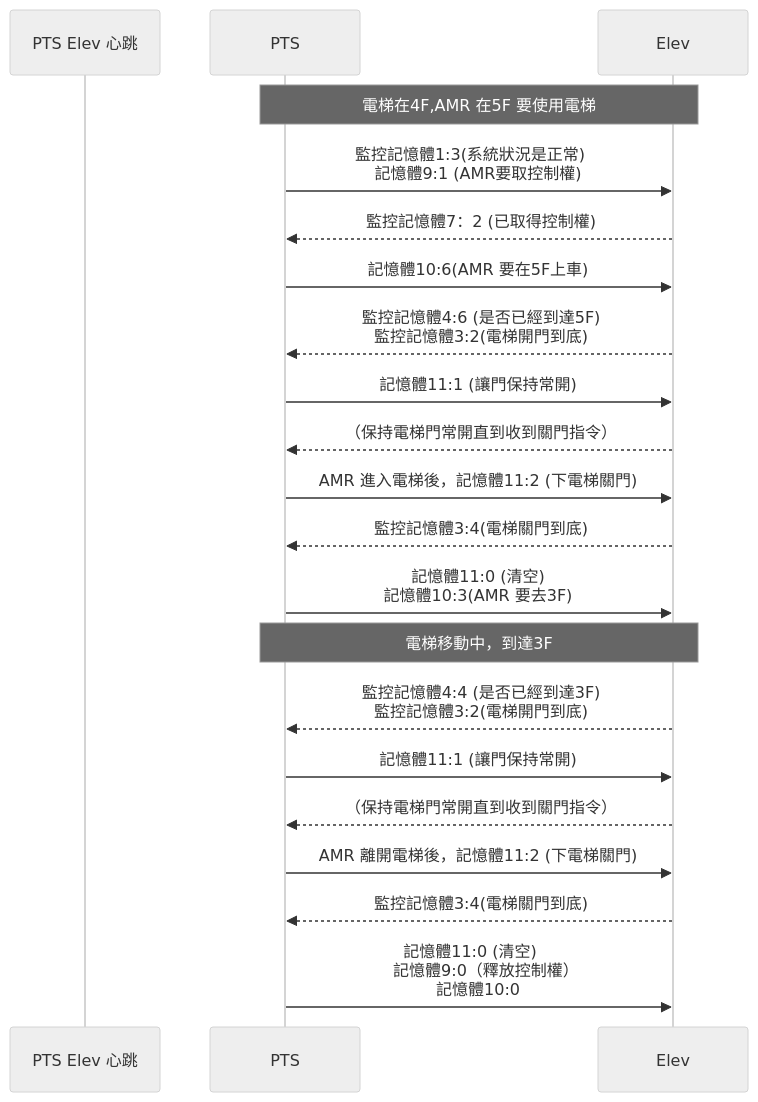
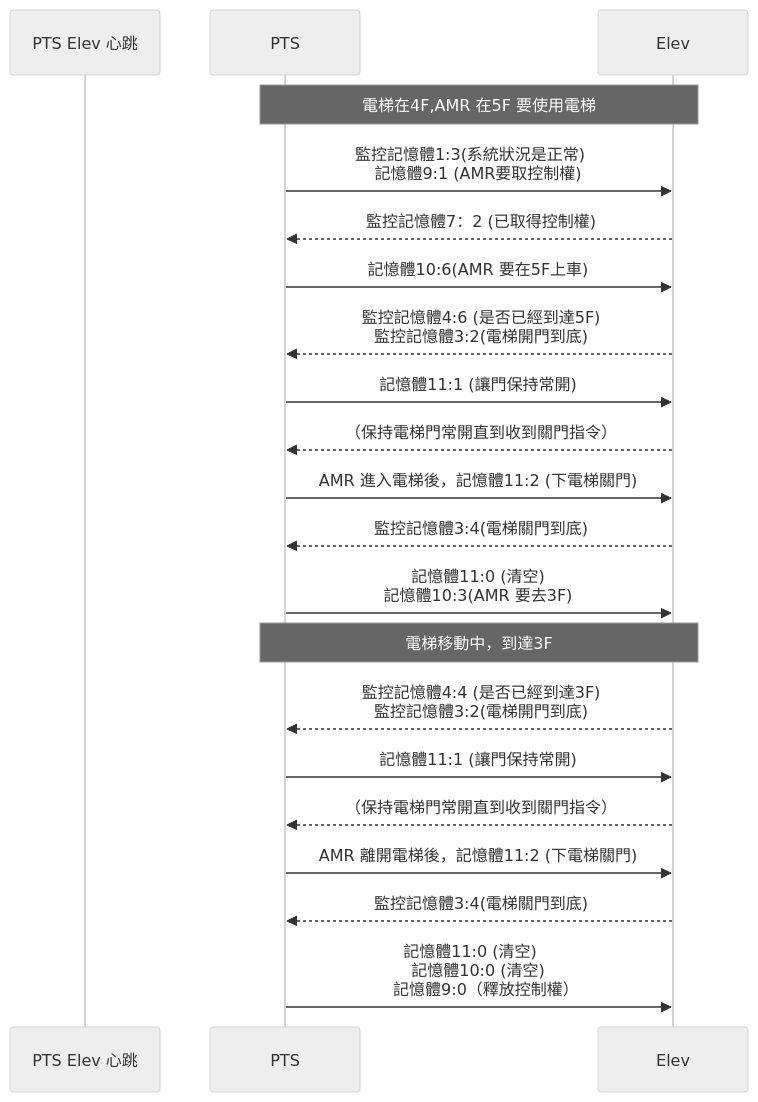
The second of 2 diagrams in README.md (athena-tircgo/amr-elev-Zhunan), drawn with Mermaid (neutral theme) before and after one commit.

````diff
--- a/README.md
+++ b/README.md
@@ -23,26 +23,26 @@
 ```mermaid
 sequenceDiagram
 
     participant PTS Elev 心跳
     participant PTS
     participant Elev
 
  note over PTS,Elev: 電梯在4F,AMR 在5F 要使用電梯
         PTS->>Elev:監控記憶體1:3(系統狀況是正常)　<br>記憶體9:1 (AMR要取控制權)
         Elev-->>PTS:監控記憶體7：2 (已取得控制權)
         PTS->>Elev: 記憶體10:6(AMR 要在5F上車)
         Elev-->>PTS:監控記憶體4:6 (是否已經到達5F) <BR> 監控記憶體3:2(電梯開門到底)
         PTS->>Elev: 記憶體11:1 (讓門保持常開)
         Elev-->>PTS:（保持電梯門常開直到收到關門指令）　　
         PTS->>Elev: AMR 進入電梯後，記憶體11:2 (下電梯關門)
         Elev-->>PTS: 監控記憶體3:4(電梯關門到底)
         PTS->>Elev: 記憶體11:0 (清空) <br> 記憶體10:3(AMR 要去3F)
  note over PTS,Elev: 電梯移動中，到達3F
 　　　　　Elev-->>PTS: 監控記憶體4:4 (是否已經到達3F) <BR> 監控記憶體3:2(電梯開門到底)
         PTS->>Elev: 記憶體11:1 (讓門保持常開)
         Elev-->>PTS:（保持電梯門常開直到收到關門指令）　　　
         PTS->>Elev: AMR 離開電梯後，記憶體11:2 (下電梯關門)
         Elev-->>PTS: 監控記憶體3:4(電梯關門到底)
-        PTS->>Elev: 記憶體11:0 (清空)　<br>　記憶體9:0（釋放控制權）<br> 記憶體10:0
+        PTS->>Elev: 記憶體11:0 (清空)　<br> 記憶體10:0 (清空) <br>　記憶體9:0（釋放控制權）
 　　　　　
 ```
````
